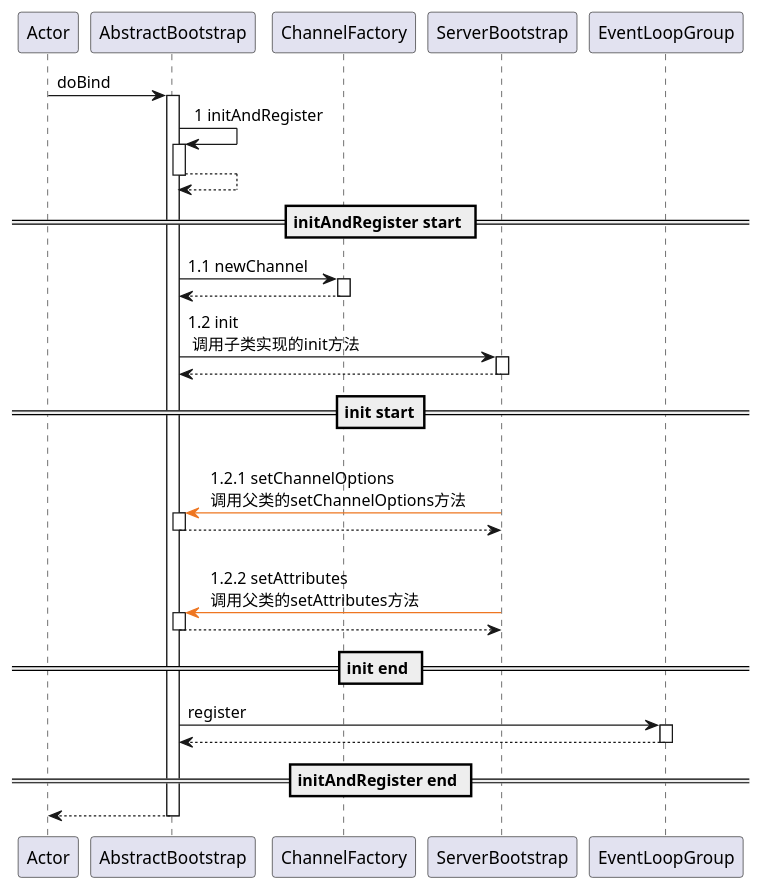
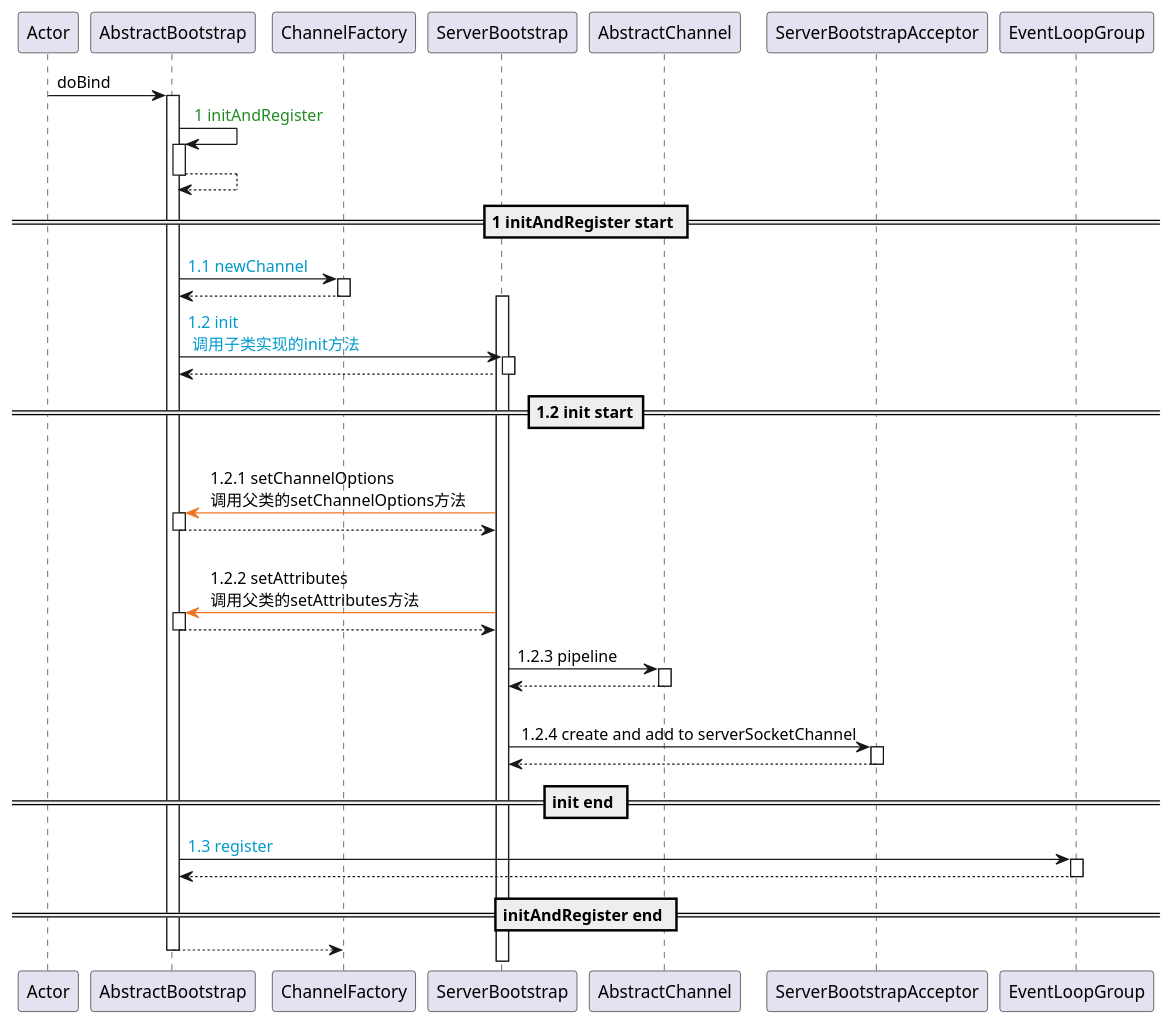
Before and after one commit to Simba-cheng/netty: the diagram in puml/AbstractBootstrap#bind.puml, drawn with PlantUML.

Commit message:
refactor(code): 源码添加注释

```diff
--- a/puml/AbstractBootstrap#bind.puml
+++ b/puml/AbstractBootstrap#bind.puml
@@ -1,60 +1,72 @@
 @startuml
 participant Actor
 
 Actor -> AbstractBootstrap : doBind
 activate AbstractBootstrap
 
-AbstractBootstrap -> AbstractBootstrap : 1 initAndRegister
+AbstractBootstrap -> AbstractBootstrap : <color:#228B22>1 initAndRegister</color>
 activate AbstractBootstrap
 AbstractBootstrap --> AbstractBootstrap
 deactivate AbstractBootstrap
 
-== initAndRegister start ==
-AbstractBootstrap -> ChannelFactory : 1.1 newChannel
+== 1 initAndRegister start ==
+AbstractBootstrap -> ChannelFactory : <color:#009ACD>1.1 newChannel</color>
 activate ChannelFactory
 ChannelFactory --> AbstractBootstrap
 deactivate ChannelFactory
 
-AbstractBootstrap -> ServerBootstrap : 1.2 init \n 调用子类实现的init方法
+activate ServerBootstrap
+
+AbstractBootstrap -> ServerBootstrap : <color:#009ACD>1.2 init</color> \n <color:#009ACD>调用子类实现的init方法</color>
 activate ServerBootstrap
 ServerBootstrap --> AbstractBootstrap
 deactivate ServerBootstrap
 
-== init start==
+== 1.2 init start==
 ServerBootstrap [#EE7621]-> AbstractBootstrap : \n 1.2.1 setChannelOptions \n 调用父类的setChannelOptions方法
 activate AbstractBootstrap
 AbstractBootstrap --> ServerBootstrap
 deactivate AbstractBootstrap
 
 ServerBootstrap [#EE7621]-> AbstractBootstrap : \n 1.2.2 setAttributes \n 调用父类的setAttributes方法
 activate AbstractBootstrap
 AbstractBootstrap --> ServerBootstrap
 deactivate AbstractBootstrap
 
+ServerBootstrap -> AbstractChannel : 1.2.3 pipeline
+activate AbstractChannel
+AbstractChannel --> ServerBootstrap
+deactivate AbstractChannel
+
+ServerBootstrap -> ServerBootstrapAcceptor : \n 1.2.4 create and add to serverSocketChannel
+activate ServerBootstrapAcceptor
+ServerBootstrapAcceptor --> ServerBootstrap
+deactivate ServerBootstrapAcceptor
+
 == init end ==
 
-AbstractBootstrap -> EventLoopGroup : register
+AbstractBootstrap -> EventLoopGroup : <color:#009ACD>1.3 register</color>
 activate EventLoopGroup
 EventLoopGroup --> AbstractBootstrap
 deactivate EventLoopGroup
 
 == initAndRegister end ==
 
 
 
 
 
 'alt 注册完成并且成功
 '    AbstractBootstrap -> AbstractBootstrap : \n 2 doBind
 '    activate AbstractBootstrap
 '    AbstractBootstrap --> AbstractBootstrap
 '    deactivate AbstractBootstrap
 'else 异步,此时注册还没有完成,但总是会完成的
 '    AbstractBootstrap -> AbstractBootstrap : \n 2 doBind
 '    activate AbstractBootstrap
 '    AbstractBootstrap --> AbstractBootstrap
 '    deactivate AbstractBootstrap
 'end
 
 return
 @enduml
```
